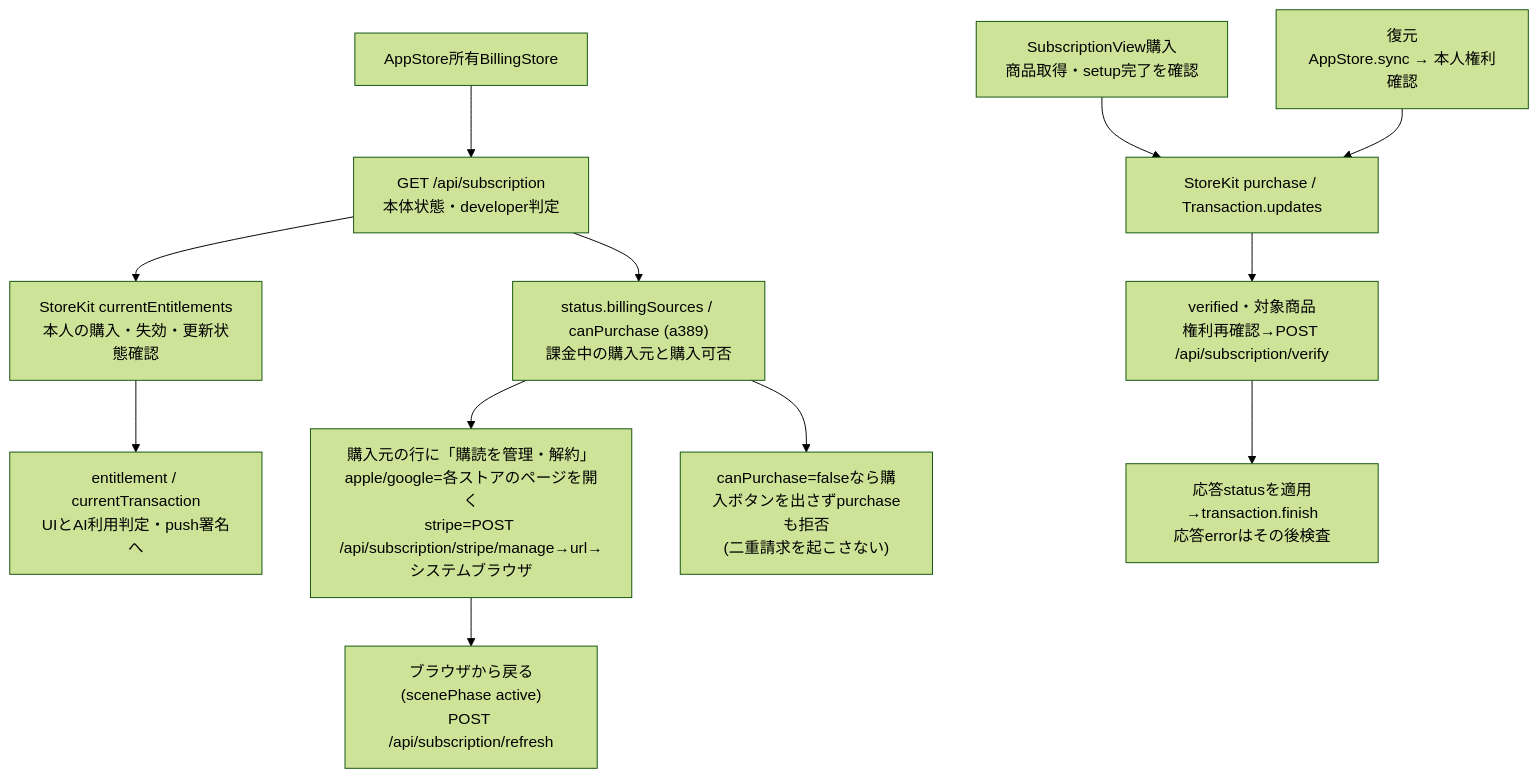
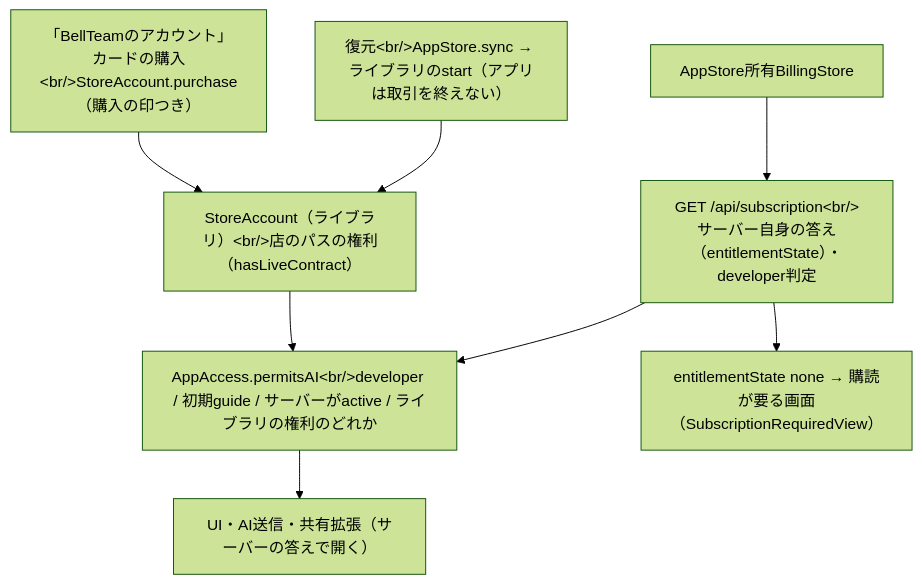
Before and after one commit to kitepon/BellTeam: the fourth of 4 diagrams in docs/architecture/modules/apple/lifecycle-and-platform.md, drawn with Mermaid (forest theme). The commit also changed other lines of this file and 17 other files, not shown here.

````diff
--- a/docs/architecture/modules/apple/lifecycle-and-platform.md
+++ b/docs/architecture/modules/apple/lifecycle-and-platform.md
@@ -84,14 +84,10 @@
 ```mermaid
 flowchart TD
-  Store["AppStore所有BillingStore"] --> Server["GET /api/subscription<br/>本体状態・developer判定"]
-  Server --> Apple["StoreKit currentEntitlements<br/>本人の購入・失効・更新状態確認"]
-  Apple --> Access["entitlement / currentTransaction<br/>UIとAI利用判定・push署名へ"]
-  Buy["SubscriptionView購入<br/>商品取得・setup完了を確認"] --> Transaction["StoreKit purchase / Transaction.updates"]
-  Restore["復元<br/>AppStore.sync → 本人権利確認"] --> Transaction
-  Transaction --> Verify["verified・対象商品<br/>権利再確認→POST /api/subscription/verify"]
-  Verify --> Finish["応答statusを適用→transaction.finish<br/>応答errorはその後検査"]
-  Server --> Sources["status.billingSources / canPurchase (a389)<br/>課金中の購入元と購入可否"]
-  Sources --> Manage["購入元の行に「購読を管理・解約」<br/>apple/google=各ストアのページを開く<br/>stripe=POST /api/subscription/stripe/manage→url→システムブラウザ"]
-  Manage --> Back["ブラウザから戻る(scenePhase active)<br/>POST /api/subscription/refresh"]
-  Sources --> Gate["canPurchase=falseなら購入ボタンを出さずpurchaseも拒否<br/>(二重請求を起こさない)"]
+  Store["AppStore所有BillingStore"] --> Server["GET /api/subscription&lt;br/&gt;サーバー自身の答え（entitlementState）・developer判定"]
+  Lib["StoreAccount（ライブラリ）&lt;br/&gt;店のパスの権利（hasLiveContract）"] --> Access
+  Server --> Access["AppAccess.permitsAI&lt;br/&gt;developer / 初期guide / サーバーがactive / ライブラリの権利のどれか"]
+  Buy["「BellTeamのアカウント」カードの購入&lt;br/&gt;StoreAccount.purchase（購入の印つき）"] --> Lib
+  Restore["復元&lt;br/&gt;AppStore.sync → ライブラリのstart（アプリは取引を終えない）"] --> Lib
+  Access --> UI["UI・AI送信・共有拡張（サーバーの答えで開く）"]
+  Server --> Wall["entitlementState none → 購読が要る画面（SubscriptionRequiredView）"]
 ```
````
